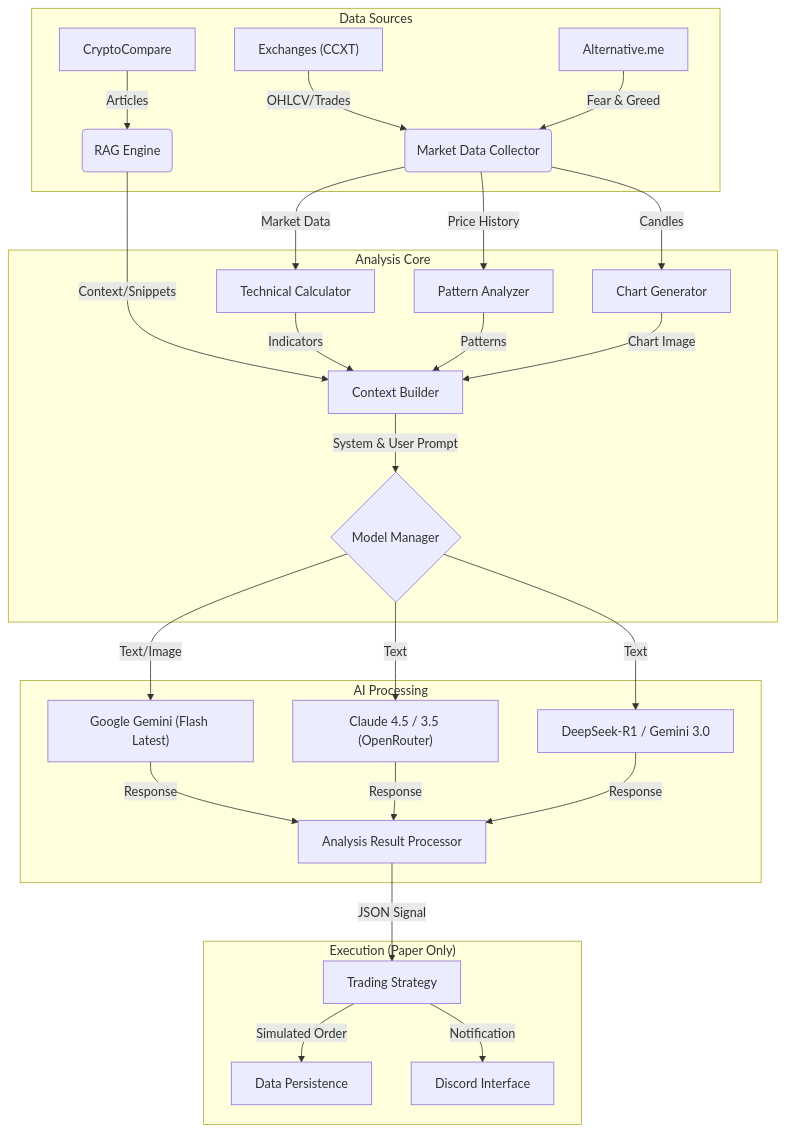
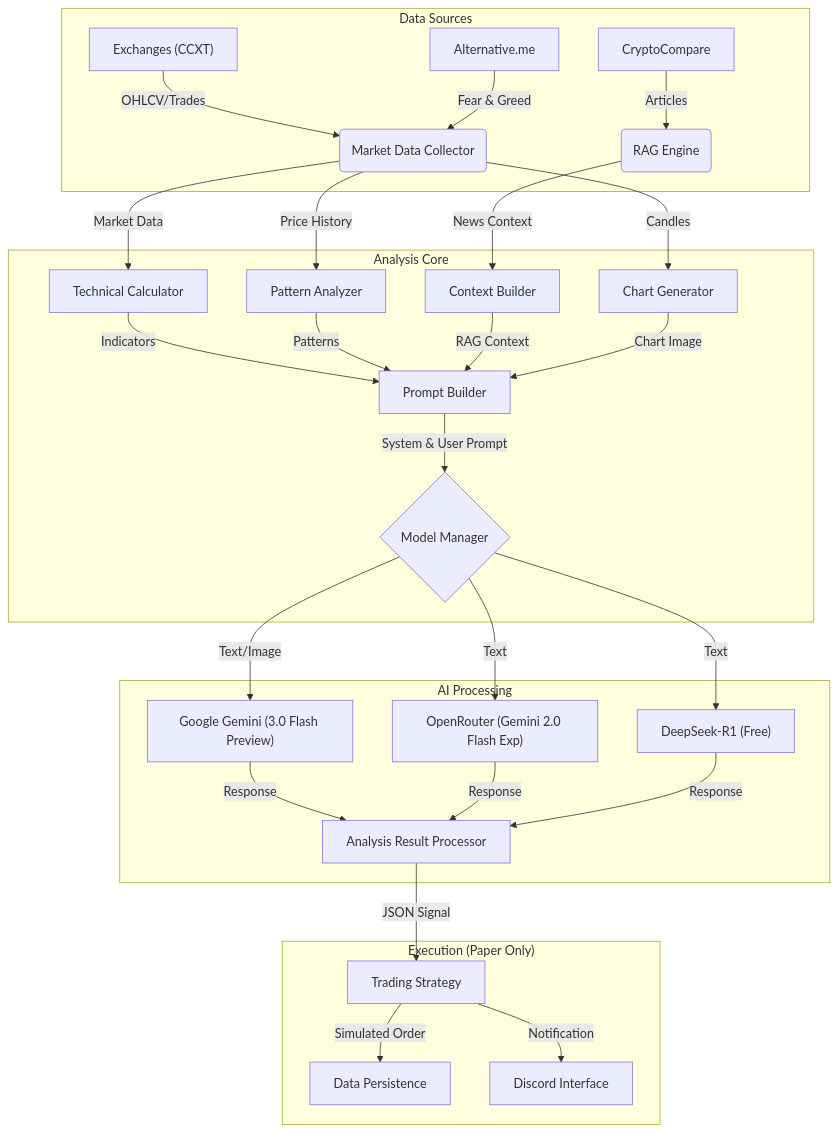
The diagram in README.md (qrak/LLM_trader), drawn with Mermaid before and after one commit.

Commit message:
docs: update Mermaid diagram for RAG context flow and AI model details.

````diff
--- a/README.md
+++ b/README.md
@@ -14,37 +14,40 @@
 ```mermaid
 graph TD
     subgraph Data Sources
         Ex["Exchanges (CCXT)"] --> |OHLCV/Trades| DC(Market Data Collector)
         News[CryptoCompare] --> |Articles| RAG(RAG Engine)
         Sent[Alternative.me] --> |Fear & Greed| DC
     end
 
     subgraph Analysis Core
         DC --> |Market Data| TC[Technical Calculator]
         DC --> |Price History| PA[Pattern Analyzer]
         DC --> |Candles| CG[Chart Generator]
         
-        RAG --> |Context/Snippets| PB[Context Builder]
-        TC --> |Indicators| PB
+        RAG --> |News Context| CB[Context Builder]
+        
+        %% Orchestration / Assembly
+        TC --> |Indicators| PB[Prompt Builder]
         PA --> |Patterns| PB
+        CB --> |RAG Context| PB
         CG --> |Chart Image| PB
         
         PB --> |System & User Prompt| MM{Model Manager}
     end
 
     subgraph AI Processing
-        MM --> |Text/Image| P1["Google Gemini (Flash Latest)"]
-        MM --> |Text| P2["Claude 4.5 / 3.5 (OpenRouter)"]
-        MM --> |Text| P3[DeepSeek-R1 / Gemini 3.0]
+        MM --> |Text/Image| P1["Google Gemini (3.0 Flash Preview)"]
+        MM --> |Text| P2["OpenRouter (Gemini 2.0 Flash Exp)"]
+        MM --> |Text| P3["DeepSeek-R1 (Free)"]
         
         P1 --> |Response| ARP[Analysis Result Processor]
         P2 --> |Response| ARP
         P3 --> |Response| ARP
     end
 
     subgraph Execution ["Execution (Paper Only)"]
         ARP --> |JSON Signal| TS[Trading Strategy]
         TS --> |Simulated Order| DP[Data Persistence]
         TS --> |Notification| DN[Discord Interface]
     end
 ```
````
